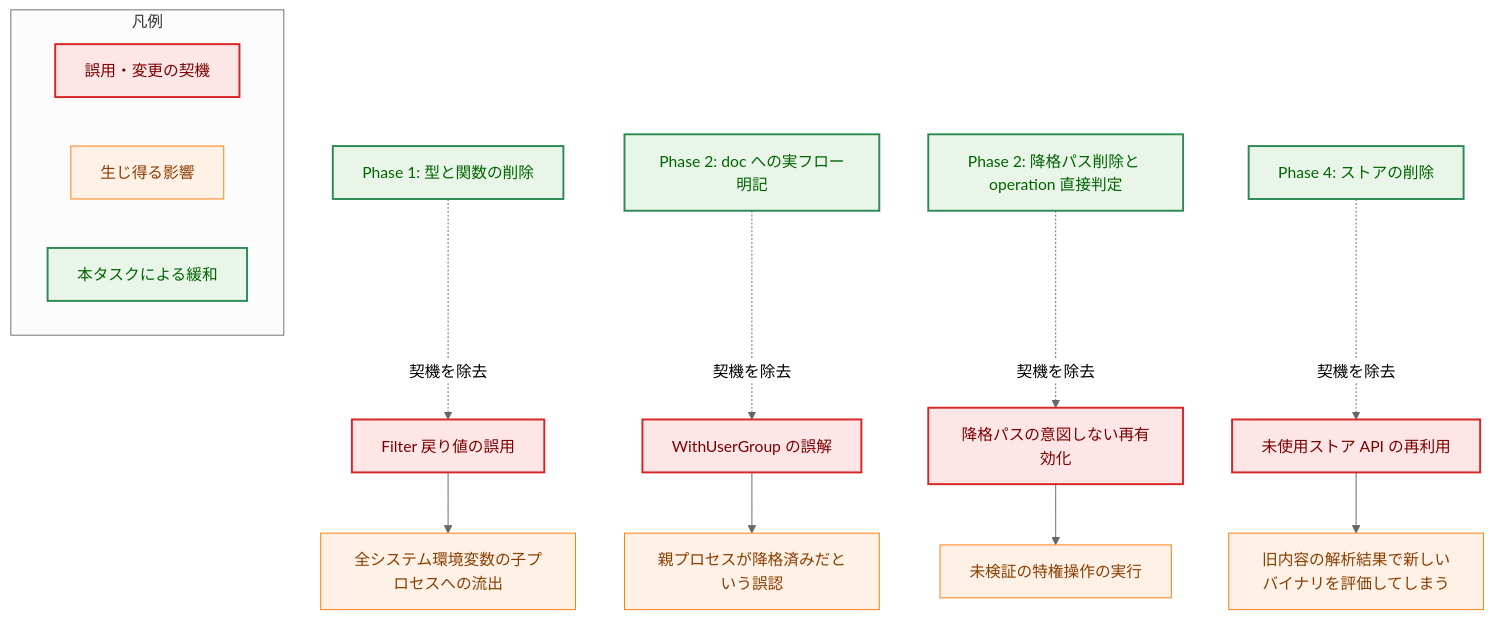
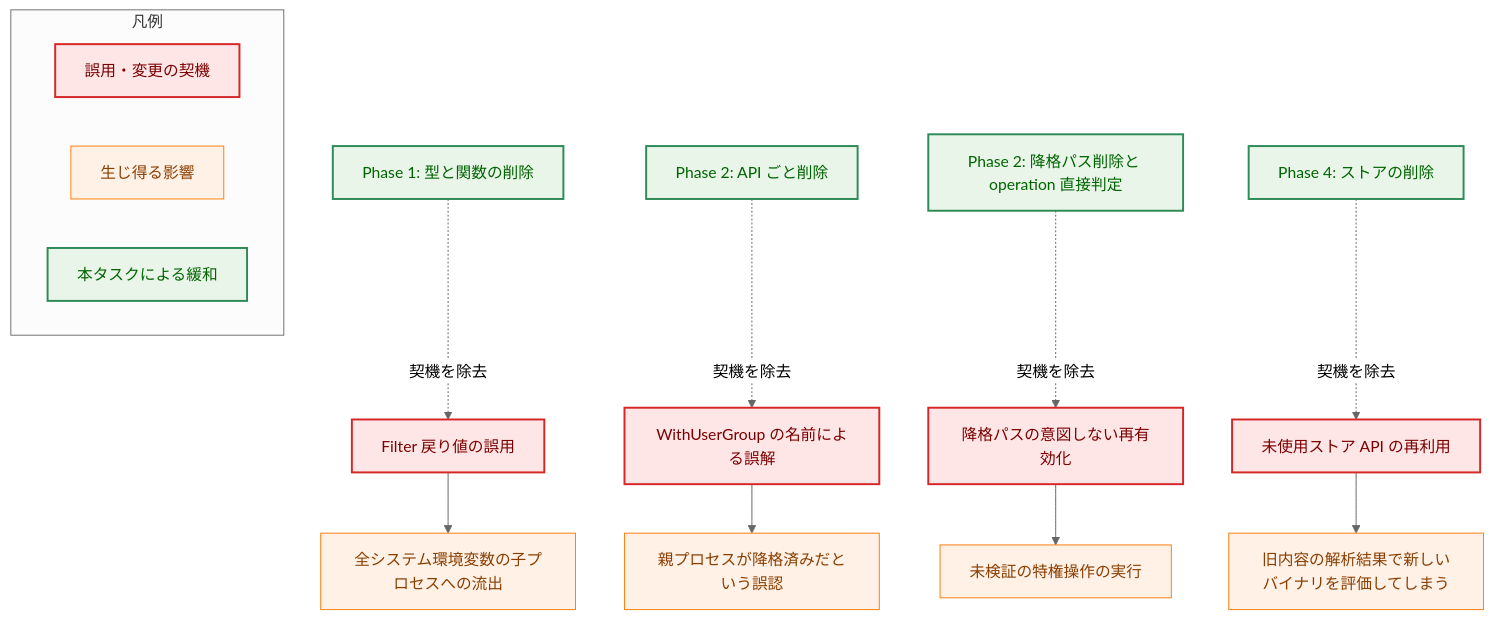
The seventh of 11 diagrams in docs/tasks/0157_dead_code_naming_cleanup/02_architecture.md (isseis/go-safe-cmd-runner), drawn with Mermaid (neutral theme) before and after one commit. The commit also changed other lines of this file and 1 other file, not shown here.

First line of the commit message:
docs(0157): delete WithUserGroup/IsUserGroupSupported instead of documenting them

````diff
--- a/docs/tasks/0157_dead_code_naming_cleanup/02_architecture.md
+++ b/docs/tasks/0157_dead_code_naming_cleanup/02_architecture.md
@@ -619,40 +638,40 @@
 ```mermaid
 flowchart TD
     classDef problem fill:#ffe6e6,stroke:#d62728,stroke-width:2px,color:#7b0000;
     classDef process fill:#fff1e6,stroke:#ff7f0e,stroke-width:1px,color:#8a3e00;
     classDef enhanced fill:#e8f5e8,stroke:#2e8b57,stroke-width:2px,color:#006400;
 
     T1["Filter 戻り値の誤用"]
-    T2["WithUserGroup の誤解"]
+    T2["WithUserGroup の名前による誤解"]
     T3["降格パスの意図しない再有効化"]
     T4["未使用ストア API の再利用"]
 
     I1["全システム環境変数の子プロセスへの流出"]
     I2["親プロセスが降格済みだという誤認"]
     I3["未検証の特権操作の実行"]
     I4["旧内容の解析結果で新しいバイナリを評価してしまう"]
 
     M1["Phase 1: 型と関数の削除"]
-    M2["Phase 2: doc への実フロー明記"]
+    M2["Phase 2: API ごと削除"]
     M3["Phase 2: 降格パス削除と operation 直接判定"]
     M4["Phase 4: ストアの削除"]
 
     T1 --> I1
     T2 --> I2
     T3 --> I3
     T4 --> I4
     M1 -.->|"契機を除去"| T1
     M2 -.->|"契機を除去"| T2
     M3 -.->|"契機を除去"| T3
     M4 -.->|"契機を除去"| T4
 
     subgraph Legend["凡例"]
         L1["誤用・変更の契機"]
         L2["生じ得る影響"]
         L3["本タスクによる緩和"]
     end
 
     class T1,T2,T3,T4,L1 problem
     class I1,I2,I3,I4,L2 process
     class M1,M2,M3,M4,L3 enhanced
 ```
````
